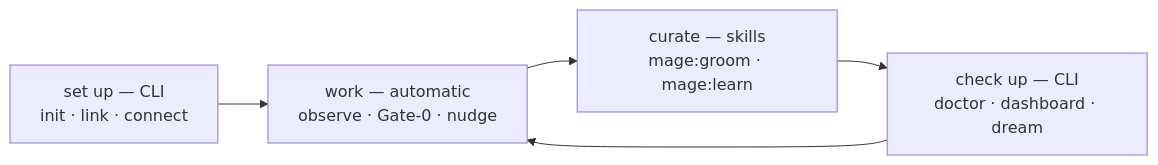
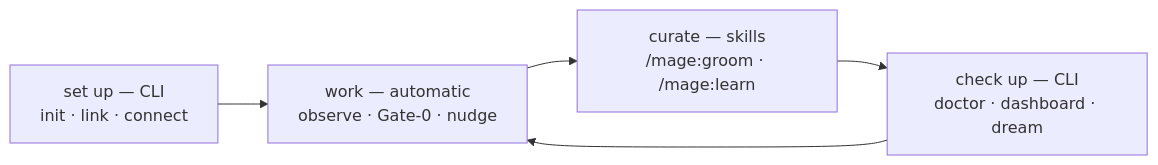
Before and after one commit to Sumit1993/mage-memory: the diagram in docs/src/content/docs/reference/commands.mdx, drawn with Mermaid. The commit also changed other lines of this file and 13 other files, not shown here.

````diff
--- a/docs/src/content/docs/reference/commands.mdx
+++ b/docs/src/content/docs/reference/commands.mdx
@@ -48,7 +48,7 @@
 ```mermaid The rhythm of the three channels: set up with the CLI, then work is captured automatically, you curate with skills, and you check health with the CLI — looping back to the work.
 flowchart LR
   setup["set up — CLI<br/>init · link · connect"] --> work["work — automatic<br/>observe · Gate-0 · nudge"]
-  work --> curate["curate — skills<br/>mage:groom · mage:learn"]
+  work --> curate["curate — skills<br/>/mage:groom · /mage:learn"]
   curate --> health["check up — CLI<br/>doctor · dashboard · dream"]
   health --> work
 ```
````
